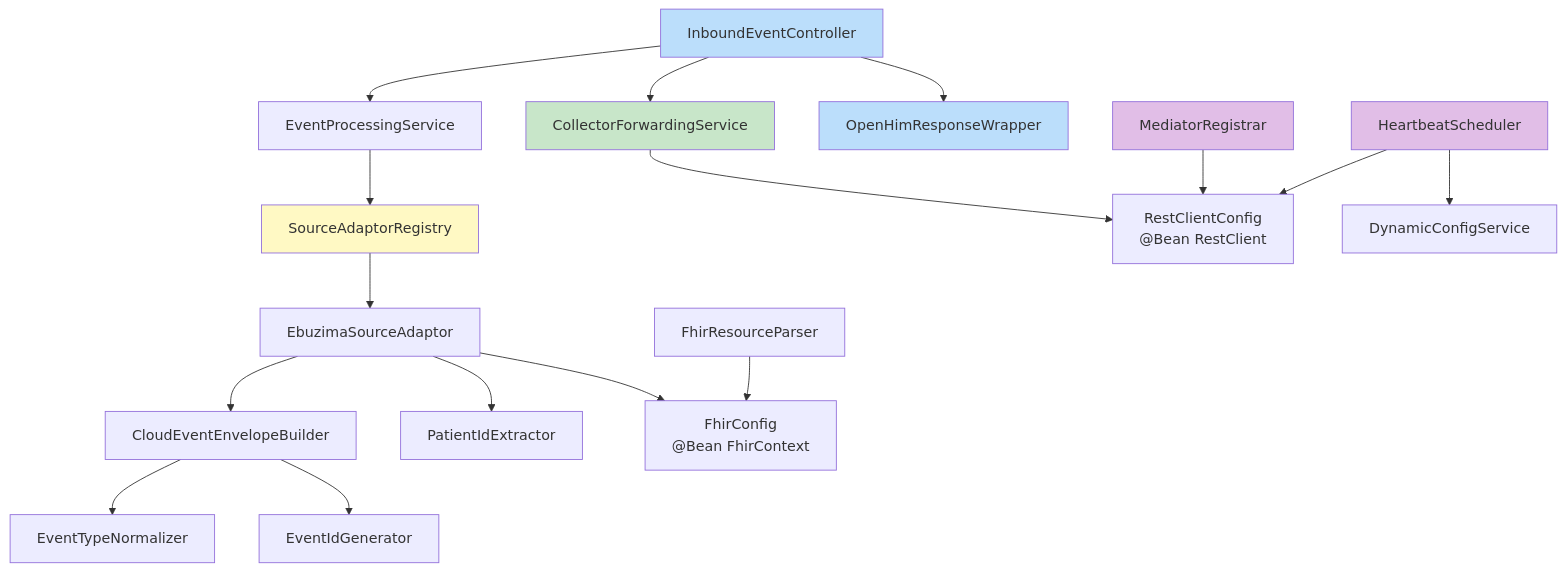
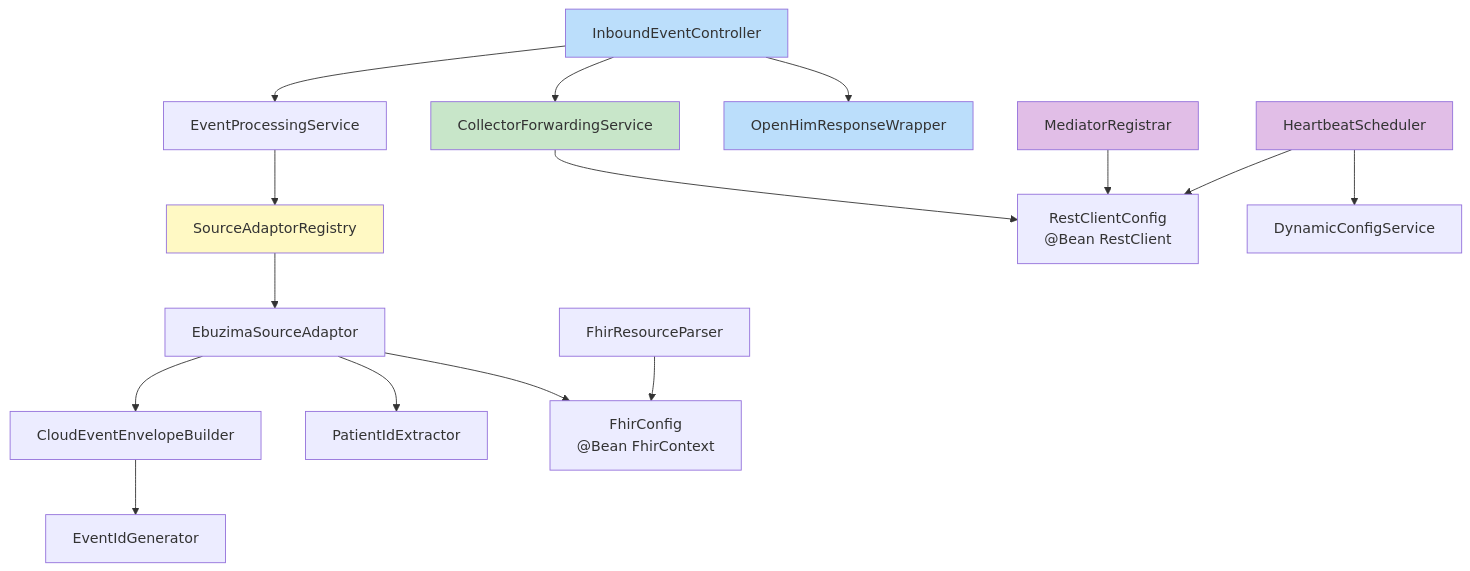
The seventh of 8 diagrams in docs/flow-diagrams.md (Jayaprakash8887/openhim-cce-emitter-adaptor), drawn with Mermaid before and after one commit. The commit also changed 4 other files, not shown here.

First line of the commit message:
Remove event type normalization — use FHIR resourceType as-is

````diff
--- a/docs/flow-diagrams.md
+++ b/docs/flow-diagrams.md
@@ -240,51 +240,49 @@
 ```mermaid
 flowchart TD
     CTRL[InboundEventController]
     NORM[EventProcessingService]
     REG[SourceAdaptorRegistry]
     FWD[CollectorForwardingService]
     WRAP[OpenHimResponseWrapper]
 
     SA_EBZ[EbuzimaSourceAdaptor]
 
     CE[CloudEventEnvelopeBuilder]
-    ETN[EventTypeNormalizer]
     PIE[PatientIdExtractor]
     FRP[FhirResourceParser]
     IDG[EventIdGenerator]
 
     REG_HB[MediatorRegistrar]
     HB[HeartbeatScheduler]
     DC[DynamicConfigService]
 
     FC["FhirConfig<br/>@Bean FhirContext"]
     RC["RestClientConfig<br/>@Bean RestClient"]
 
     CTRL --> NORM
     CTRL --> FWD
     CTRL --> WRAP
 
     NORM --> REG
     REG --> SA_EBZ
 
     SA_EBZ --> CE
     SA_EBZ --> PIE
 
-    CE --> ETN
     CE --> IDG
 
     FWD --> RC
     REG_HB --> RC
     HB --> RC
     HB --> DC
 
     SA_EBZ --> FC
     FRP --> FC
 
     style CTRL fill:#bbdefb
     style WRAP fill:#bbdefb
     style FWD fill:#c8e6c9
     style REG fill:#fff9c4
     style REG_HB fill:#e1bee7
     style HB fill:#e1bee7
 ```
````
